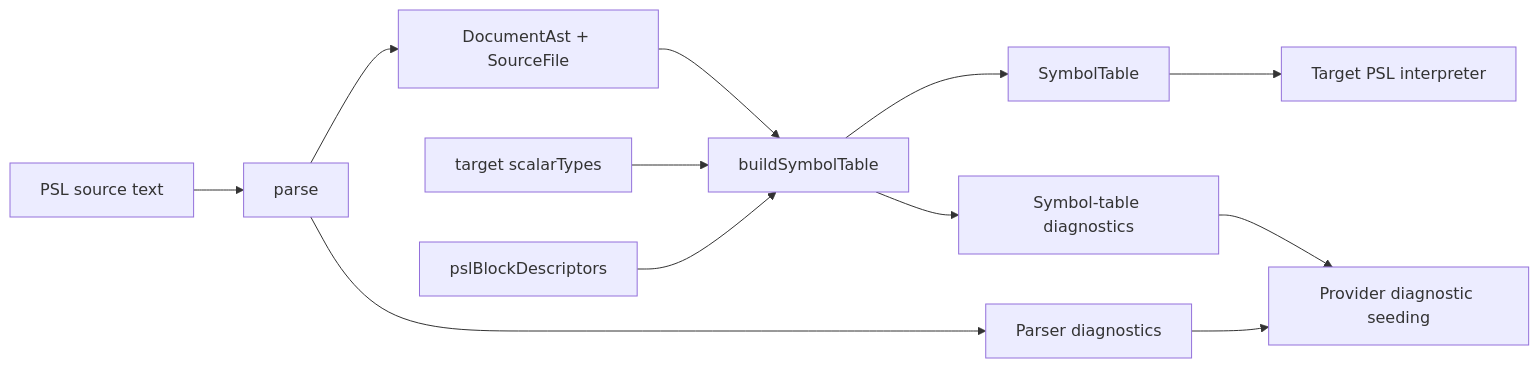
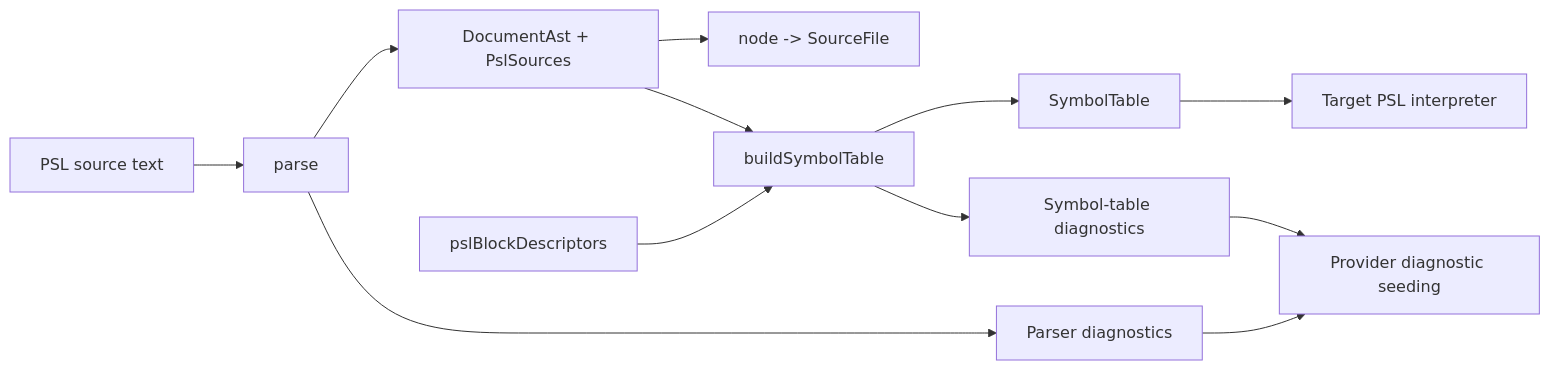
The diagram in packages/1-framework/2-authoring/psl-parser/README.md (prisma/orm), drawn with Mermaid before and after one commit. The commit also changed other lines of this file and 2 other files, not shown here.

Commit message:
fix(psl-parser): tighten provenance lint and docs

````diff
--- a/packages/1-framework/2-authoring/psl-parser/README.md
+++ b/packages/1-framework/2-authoring/psl-parser/README.md
@@ -61,14 +58,14 @@
 ```mermaid
 flowchart LR
   PSL[PSL source text] --> Parse[parse]
-  Parse --> CST[DocumentAst + SourceFile]
+  Parse --> CST[DocumentAst + PslSources]
   Parse --> ParseDiagnostics[Parser diagnostics]
+  CST --> SourceLookup[node -> SourceFile]
   CST --> Symbols[buildSymbolTable]
-  Scalars[target scalarTypes] --> Symbols
   Descriptors[pslBlockDescriptors] --> Symbols
   Symbols --> SymbolTable[SymbolTable]
   Symbols --> SymbolDiagnostics[Symbol-table diagnostics]
   SymbolTable --> Interpreter[Target PSL interpreter]
   ParseDiagnostics --> Provider[Provider diagnostic seeding]
   SymbolDiagnostics --> Provider
 ```
````
